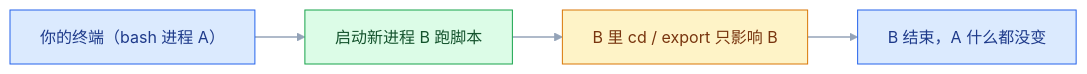
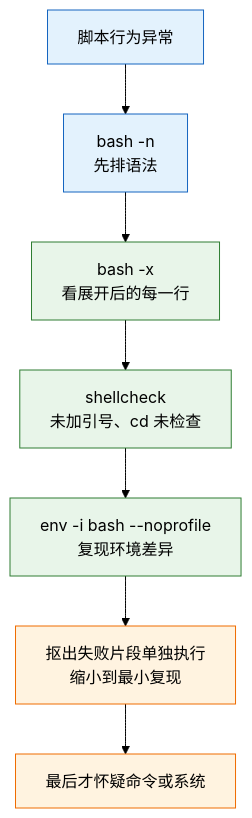
Before and after one commit to jimbosuper/studynotes: the third of 3 diagrams in blog/src/notes/07-运维/01-Linux系统/04-Shell脚本.md, drawn with Mermaid (forest theme). The commit also changed other lines of this file and 367 other files, not shown here.

````diff
--- a/blog/src/notes/07-运维/01-Linux系统/04-Shell脚本.md
+++ b/blog/src/notes/07-运维/01-Linux系统/04-Shell脚本.md
@@ -401,11 +910,15 @@
 ```mermaid
-flowchart LR
-    classDef a fill:#DBEAFE,stroke:#2563EB,color:#1E3A8A
-    classDef b fill:#DCFCE7,stroke:#16A34A,color:#14532D
-    classDef c fill:#FEF3C7,stroke:#D97706,color:#78350F
-
-    T["你的终端（bash 进程 A）"]:::a --> N["启动新进程 B 跑脚本"]:::b
-    N --> E["B 里 cd / export 只影响 B"]:::c
-    E --> R["B 结束，A 什么都没变"]:::a
-    linkStyle default stroke:#94A3B8,stroke-width:1.5px
+flowchart TD
+    A["脚本行为异常"] --> B["bash -n<br/>先排语法"]
+    B --> C["bash -x<br/>看展开后的每一行"]
+    C --> D["shellcheck<br/>未加引号、cd 未检查"]
+    D --> E["env -i bash --noprofile<br/>复现环境差异"]
+    E --> F["抠出失败片段单独执行<br/>缩小到最小复现"]
+    F --> G["最后才怀疑命令或系统"]
+    classDef client fill:#e3f2fd,stroke:#1565c0;
+    classDef engine fill:#e8f5e9,stroke:#2e7d32;
+    classDef image fill:#fff3e0,stroke:#ef6c00;
+    class A,B client
+    class C,D,E engine
+    class F,G image
 ```
````
